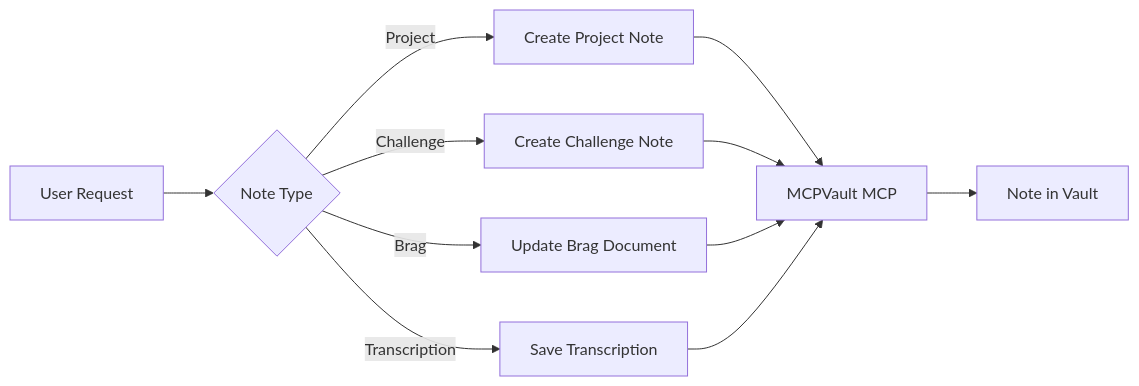
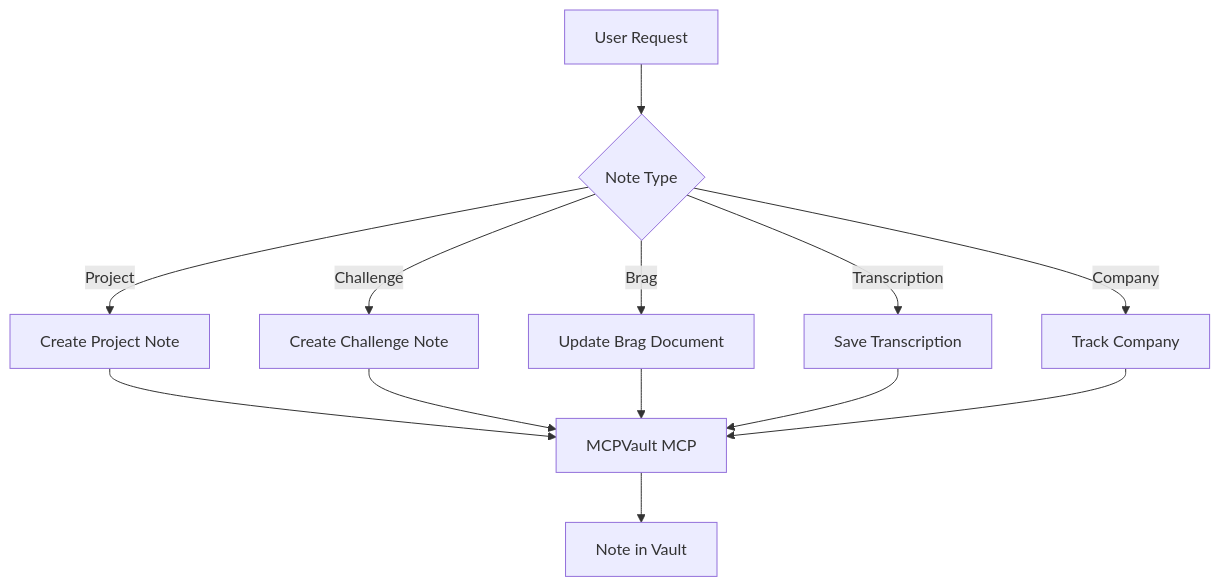
One commit to adeonir/agent-skills changed the diagram in skills/personal/session-notes/README.md. Above: the diagram before and after it, drawn with Mermaid. The commit also changed other lines of this file and 16 other files, not shown here.

````diff
--- a/skills/personal/session-notes/README.md
+++ b/skills/personal/session-notes/README.md
@@ -20,13 +16,15 @@
 ```mermaid
-flowchart LR
+flowchart TD
     T[User Request] --> D{Note Type}
     D -->|Project| P[Create Project Note]
     D -->|Challenge| H[Create Challenge Note]
     D -->|Brag| B[Update Brag Document]
     D -->|Transcription| TR[Save Transcription]
+    D -->|Company| CO[Track Company]
     P --> M[MCPVault MCP]
     H --> M
     B --> M
     TR --> M
+    CO --> M
     M --> N[Note in Vault]
 ```
````
